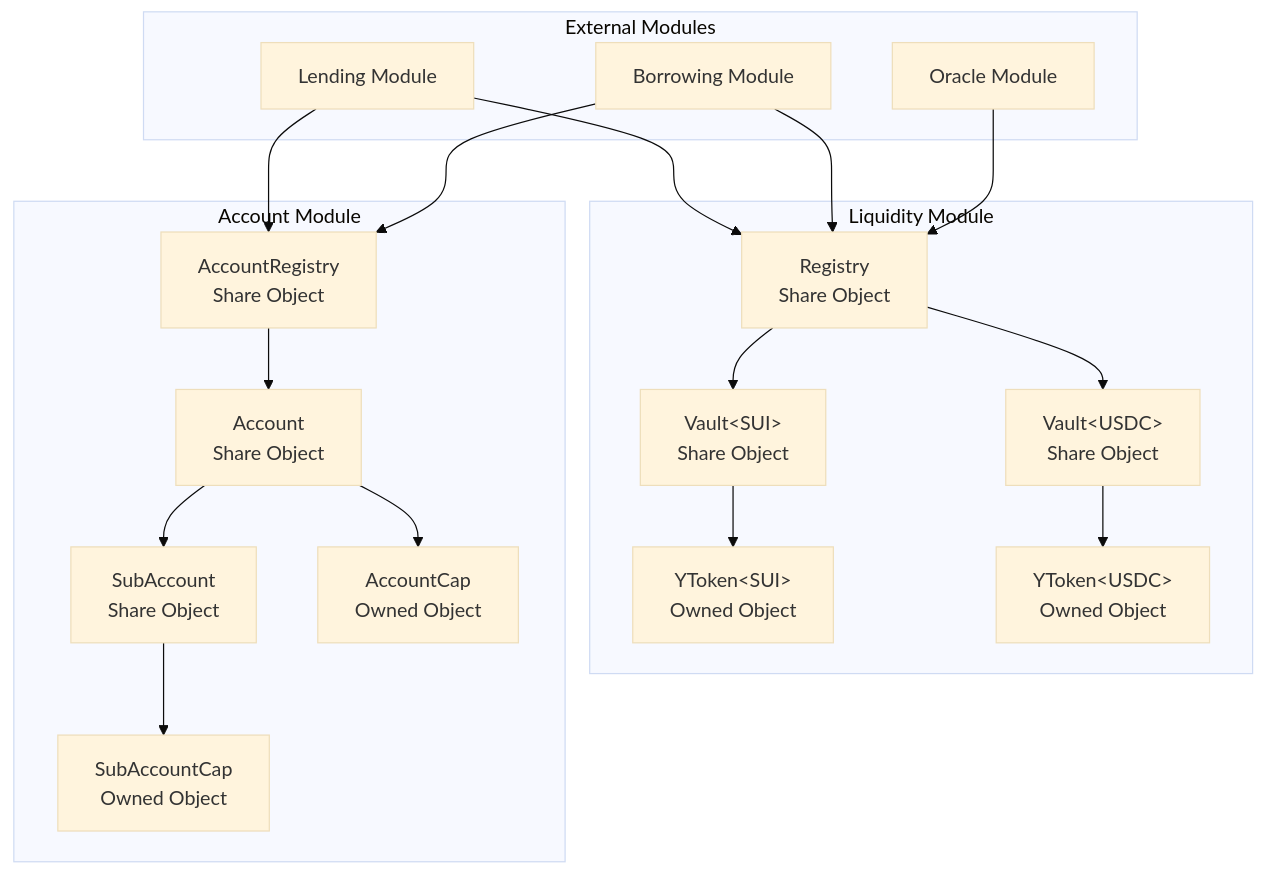
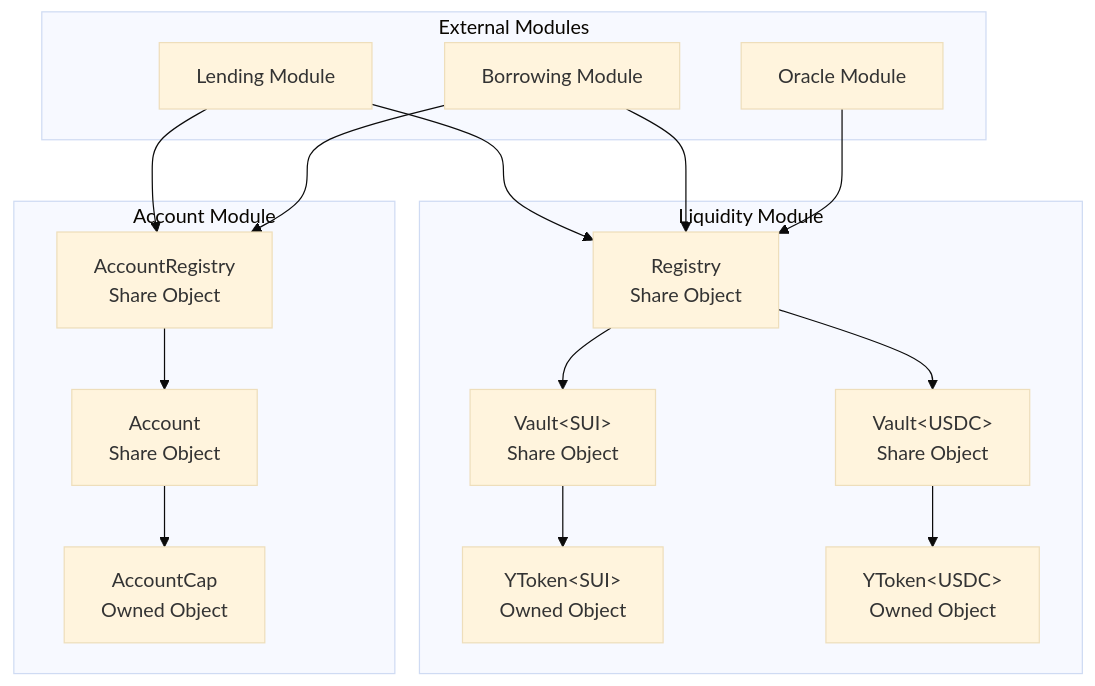
Before and after one commit to OlendLabs/sui-olend-smart-contracts: the first of 4 diagrams in .kiro/specs/olend-defi-platform/design.md, drawn with Mermaid (base theme). The commit also changed other lines of this file and 8 other files, not shown here.

````diff
--- a/.kiro/specs/olend-defi-platform/design.md
+++ b/.kiro/specs/olend-defi-platform/design.md
@@ -17,42 +17,38 @@
 ```mermaid
 graph TB
     subgraph "Liquidity Module"
         Registry[Registry<br/>Share Object]
         Vault1[Vault&lt;SUI&gt;<br/>Share Object]
         Vault2[Vault&lt;USDC&gt;<br/>Share Object]
 
         YToken1[YToken&lt;SUI&gt;<br/>Owned Object]
         YToken2[YToken&lt;USDC&gt;<br/>Owned Object]
     end
     
     subgraph "Account Module"
         AccountRegistry[AccountRegistry<br/>Share Object]
         Account[Account<br/>Share Object]
-        SubAccount[SubAccount<br/>Share Object]
         AccountCap[AccountCap<br/>Owned Object]
-        SubAccountCap[SubAccountCap<br/>Owned Object]
     end
     
     subgraph "External Modules"
         Lending[Lending Module]
         Borrowing[Borrowing Module]
         Oracle[Oracle Module]
     end
     
     Registry --> Vault1
     Registry --> Vault2
 
     Vault1 --> YToken1
     Vault2 --> YToken2
     
     AccountRegistry --> Account
-    Account --> SubAccount
     Account --> AccountCap
-    SubAccount --> SubAccountCap
     
     Lending --> Registry
     Lending --> AccountRegistry
     Borrowing --> Registry
     Borrowing --> AccountRegistry
     Oracle --> Registry
 ```
````
